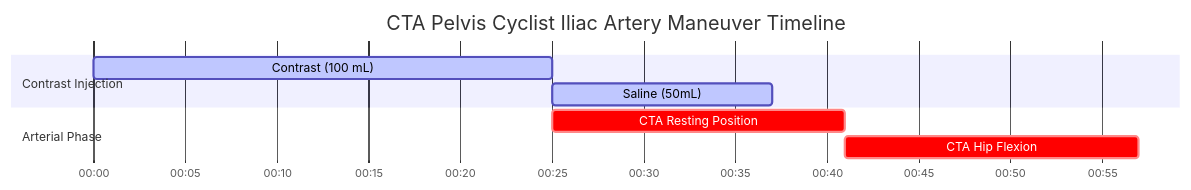
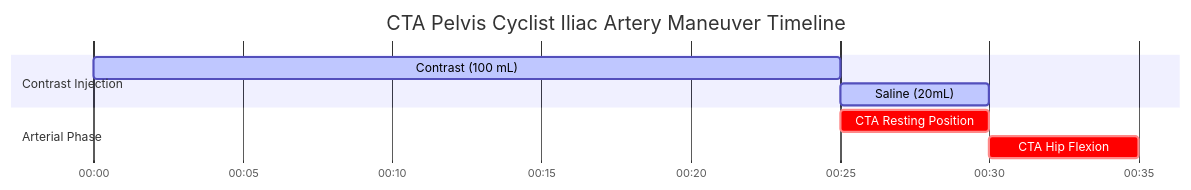
Before and after one commit to dfergs93/radiology-protocols: the diagram in docs/ct/vascular/cta-pelvis-cyclist-iliac-artery-maneuver.md, drawn with Mermaid. The commit also changed other lines of this file and 113 other files, not shown here.

````diff
--- a/docs/ct/vascular/cta-pelvis-cyclist-iliac-artery-maneuver.md
+++ b/docs/ct/vascular/cta-pelvis-cyclist-iliac-artery-maneuver.md
@@ -82,18 +83,18 @@
   ```mermaid
   ---
   config:
     theme: default
   ---
     gantt
       title CTA Pelvis Cyclist Iliac Artery Maneuver Timeline
       dateFormat mm:ss
       axisFormat %M:%S 
       
       section Contrast Injection
       Contrast (100 mL)    :active, contrast, 00:00, 25s
-      Saline (50mL)          :active, saline, after contrast, 12s
+      Saline (20mL)          :active, saline, after contrast, 5s
       section Arterial Phase
-      CTA Resting Position    :crit, scan1, 00:25, 16s
+      CTA Resting Position    :crit, scan1, after contrast, 5s
       section Arterial Phase
-      CTA Hip Flexion    :crit, scan2, after scan1, 16s
+      CTA Hip Flexion    :crit, scan2, after scan1, 5s
   ```
````
